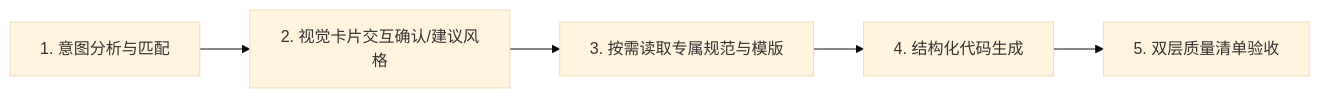
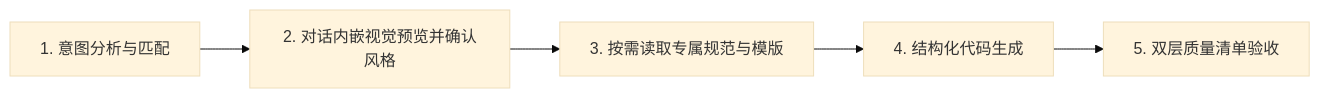
The diagram in SKILL.md (mailwmj/visual-html), drawn with Mermaid (base theme) before and after one commit. The commit also changed other lines of this file and 37 other files, not shown here.

````diff
--- a/SKILL.md
+++ b/SKILL.md
@@ -58,7 +58,7 @@
 ```mermaid
 flowchart LR
-    A["1. 意图分析与匹配"] --> B["2. 视觉卡片交互确认/建议风格"]
+    A["1. 意图分析与匹配"] --> B["2. 对话内嵌视觉预览并确认风格"]
     B --> C["3. 按需读取专属规范与模版"]
     C --> D["4. 结构化代码生成"]
     D --> E["5. 双层质量清单验收"]
 ```
````
